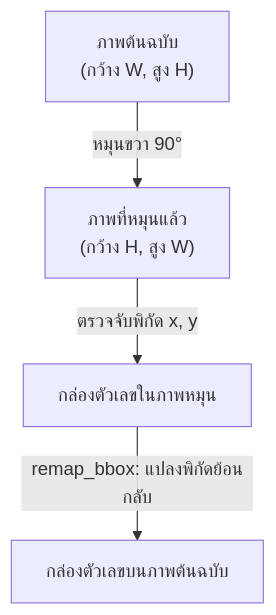
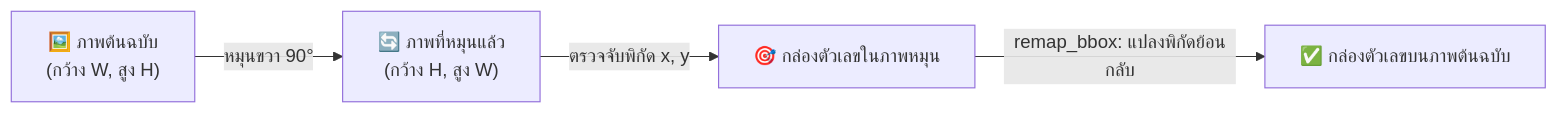
One commit to jirathxz/meter-reader changed the first of 5 diagrams in TUTORIAL.md. Above: the diagram before and after it, drawn with Mermaid. The commit also changed other lines of this file, not shown here.

Commit message:
style(docs): update all diagrams to flowchart LR with 16:9 widescreen layout

````diff
--- a/TUTORIAL.md
+++ b/TUTORIAL.md
@@ -319,6 +319,6 @@
 ```mermaid
-flowchart TD
-  A["ภาพต้นฉบับ<br/>(กว้าง W, สูง H)"] -->|"หมุนขวา 90°"| B["ภาพที่หมุนแล้ว<br/>(กว้าง H, สูง W)"]
-  B -->|"ตรวจจับพิกัด x, y"| C["กล่องตัวเลขในภาพหมุน"]
-  C -->|"remap_bbox: แปลงพิกัดย้อนกลับ"| D["กล่องตัวเลขบนภาพต้นฉบับ"]
+flowchart LR
+  A["🖼️ ภาพต้นฉบับ<br/>(กว้าง W, สูง H)"] -->|"หมุนขวา 90°"| B["🔄 ภาพที่หมุนแล้ว<br/>(กว้าง H, สูง W)"]
+  B -->|"ตรวจจับพิกัด x, y"| C["🎯 กล่องตัวเลขในภาพหมุน"]
+  C -->|"remap_bbox: แปลงพิกัดย้อนกลับ"| D["✅ กล่องตัวเลขบนภาพต้นฉบับ"]
 ```
````
